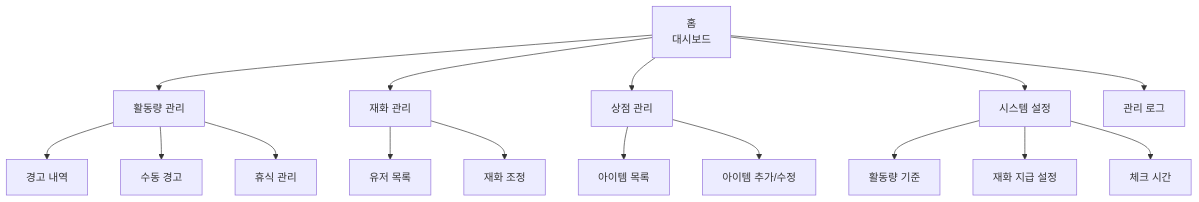
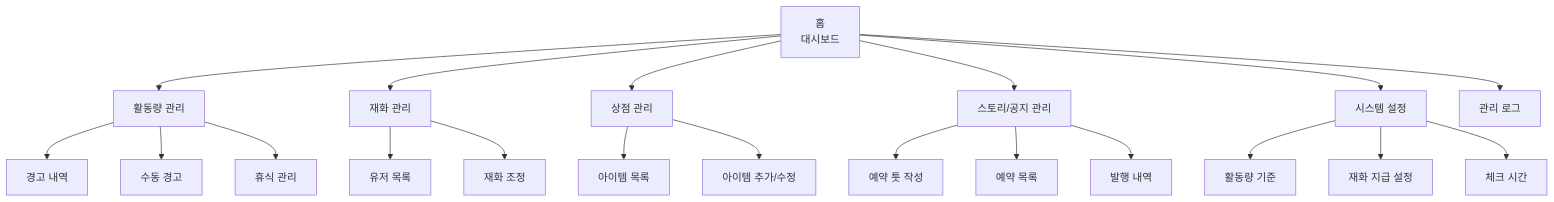
One commit to NinoNinoNinoling/commumanager changed the diagram in docs/admin web.md. Above: the diagram before and after it, drawn with Mermaid. The commit also changed other lines of this file and 2 other files, not shown here.

````diff
--- a/docs/admin web.md
+++ b/docs/admin web.md
@@ -11,22 +11,27 @@
 ```mermaid
 graph TD
     A[홈<br/>대시보드] --> B[활동량 관리]
     A --> C[재화 관리]
     A --> D[상점 관리]
-    A --> E[시스템 설정]
-    A --> F[관리 로그]
+    A --> E[스토리/공지 관리]
+    A --> F[시스템 설정]
+    A --> G[관리 로그]
 
     B --> B1[경고 내역]
     B --> B2[수동 경고]
     B --> B3[휴식 관리]
 
     C --> C1[유저 목록]
     C --> C2[재화 조정]
 
     D --> D1[아이템 목록]
     D --> D2[아이템 추가/수정]
 
-    E --> E1[활동량 기준]
-    E --> E2[재화 지급 설정]
-    E --> E3[체크 시간]
+    E --> E1[예약 툿 작성]
+    E --> E2[예약 목록]
+    E --> E3[발행 내역]
+
+    F --> F1[활동량 기준]
+    F --> F2[재화 지급 설정]
+    F --> F3[체크 시간]
 ```
````
